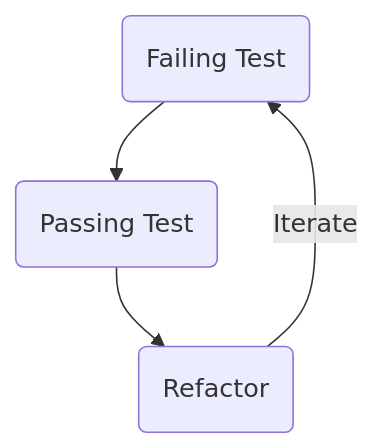
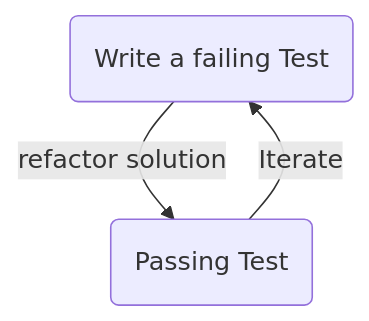
Before and after one commit to NimbusPay-Technologies-Inc/interview-java: the diagram in README.md, drawn with Mermaid. The commit also changed other lines of this file, not shown here.

````diff
--- a/README.md
+++ b/README.md
@@ -24,6 +26,5 @@
 ```mermaid
 graph TD;
- A(Failing Test) --> B(Passing Test)
- B-->C(Refactor)
- C --   Iterate   --> A
+ A(Write a failing Test) -- refactor solution --> B(Passing Test)
+ B --   Iterate   --> A
 ```
````
